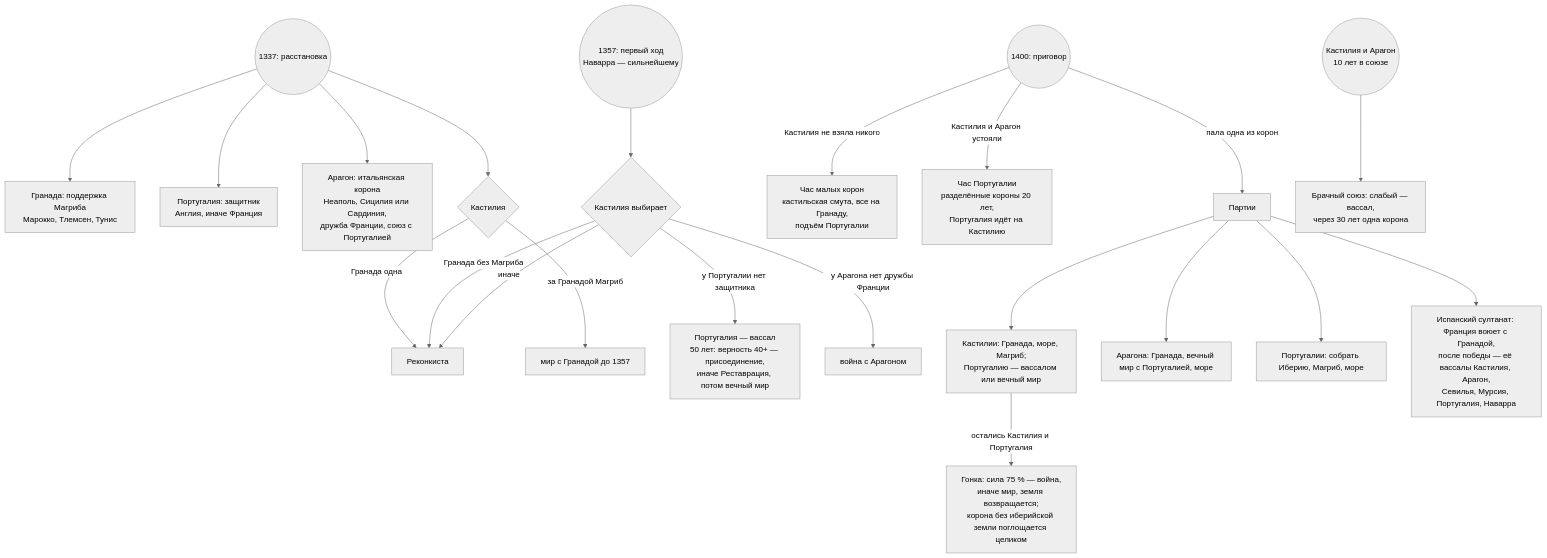
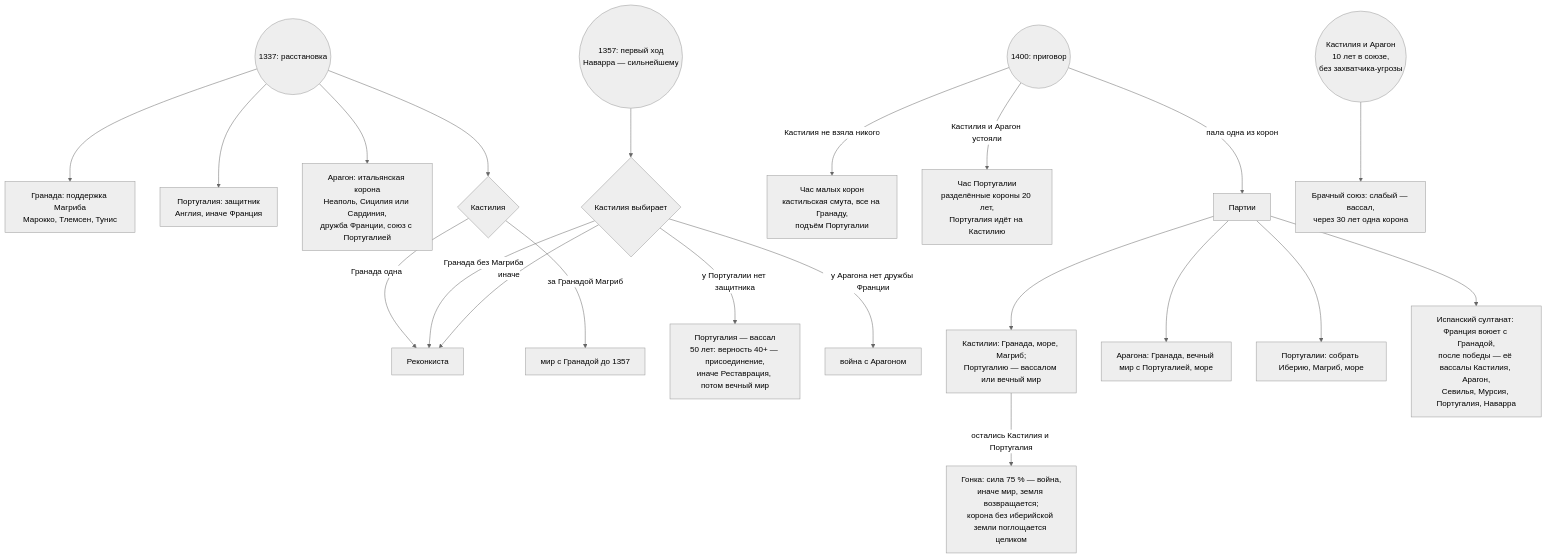
Before and after one commit to Ilya2035/NewIntelligence: the second of 3 diagrams in docs/GEOPOLICY_SCENARIOS_WEST.md, drawn with Mermaid (neutral theme). The commit also changed other lines of this file and 48 other files, not shown here.

````diff
--- a/docs/GEOPOLICY_SCENARIOS_WEST.md
+++ b/docs/GEOPOLICY_SCENARIOS_WEST.md
@@ -153,23 +153,23 @@
 ```mermaid
 flowchart TD
     S((1337: расстановка)) --> G1[Гранада: поддержка Магриба<br/>Марокко, Тлемсен, Тунис]
     S --> P1[Португалия: защитник<br/>Англия, иначе Франция]
     S --> A1[Арагон: итальянская корона<br/>Неаполь, Сицилия или Сардиния,<br/>дружба Франции, союз с Португалией]
     S --> C1{Кастилия}
     C1 -->|Гранада одна| R[Реконкиста]
     C1 -->|за Гранадой Магриб| W[мир с Гранадой до 1357]
     F((1357: первый ход<br/>Наварра — сильнейшему)) --> C2{Кастилия выбирает}
     C2 -->|Гранада без Магриба| R
     C2 -->|у Португалии нет защитника| PV[Португалия — вассал<br/>50 лет: верность 40+ — присоединение,<br/>иначе Реставрация, потом вечный мир]
     C2 -->|у Арагона нет дружбы Франции| AW[война с Арагоном]
     C2 -->|иначе| R
     V((1400: приговор)) -->|Кастилия не взяла никого| M[Час малых корон<br/>кастильская смута, все на Гранаду,<br/>подъём Португалии]
     V -->|Кастилия и Арагон устояли| H[Час Португалии<br/>разделённые короны 20 лет,<br/>Португалия идёт на Кастилию]
     V -->|пала одна из корон| PATH[Партии]
     PATH --> PC[Кастилии: Гранада, море, Магриб;<br/>Португалию — вассалом или вечный мир]
     PATH --> PA[Арагона: Гранада, вечный мир с Португалией, море]
     PATH --> PP[Португалии: собрать Иберию, Магриб, море]
     PATH --> PS[Испанский султанат: Франция воюет с Гранадой,<br/>после победы — её вассалы Кастилия, Арагон,<br/>Севилья, Мурсия, Португалия, Наварра]
     PC -->|остались Кастилия и Португалия| RACE[Гонка: сила 75 % — война,<br/>иначе мир, земля возвращается;<br/>корона без иберийской земли поглощается целиком]
-    U((Кастилия и Арагон<br/>10 лет в союзе)) --> UN[Брачный союз: слабый — вассал,<br/>через 30 лет одна корона]
+    U((Кастилия и Арагон<br/>10 лет в союзе,<br/>без захватчика-угрозы)) --> UN[Брачный союз: слабый — вассал,<br/>через 30 лет одна корона]
 ```
````
